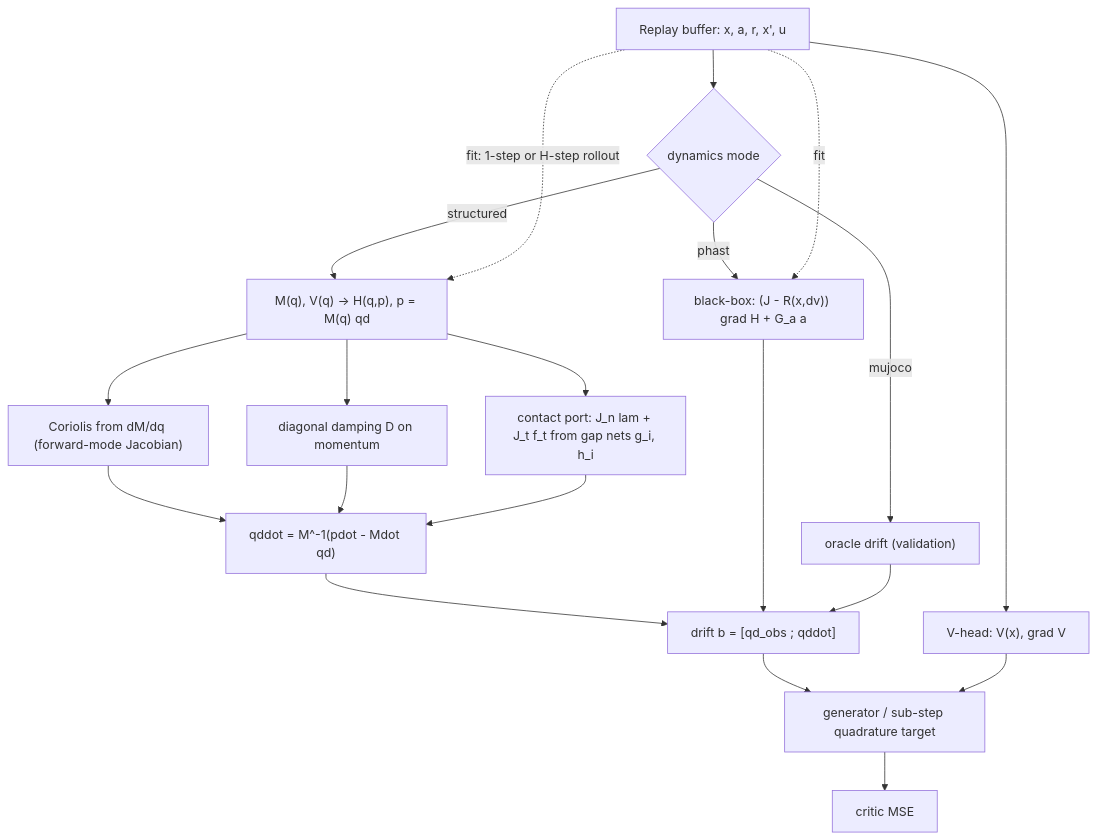
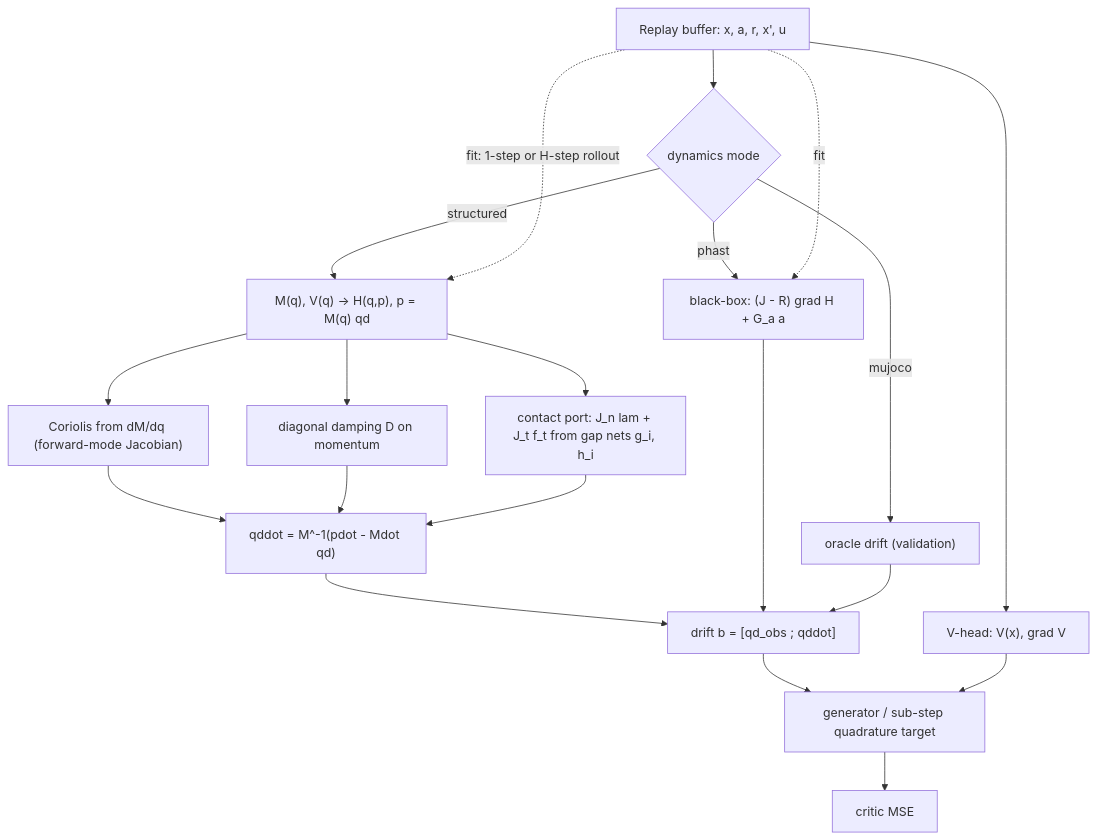
Before and after one commit to sebale16/ct-rl: the diagram in docs/structured_dynamics_model.md, drawn with Mermaid. The commit also changed other lines of this file and 1 other file, not shown here.

````diff
--- a/docs/structured_dynamics_model.md
+++ b/docs/structured_dynamics_model.md
@@ -196,22 +196,22 @@
 ```mermaid
 flowchart TD
     RB["Replay buffer: x, a, r, x', u"] --> CR["V-head: V(x), grad V"]
     RB --> DR{"dynamics mode"}
     DR -->|"mujoco"| OR["oracle drift (validation)"]
-    DR -->|"phast"| BB["black-box: (J - R(x,dv)) grad H + G_a a"]
+    DR -->|"phast"| BB["black-box: (J - R) grad H + G_a a"]
     DR -->|"structured"| ST["M(q), V(q) -> H(q,p), p = M(q) qd"]
     ST --> COR["Coriolis from dM/dq (forward-mode Jacobian)"]
     ST --> DMP["diagonal damping D on momentum"]
     ST --> CFP["contact port: J_n lam + J_t f_t from gap nets g_i, h_i"]
     COR --> QD["qddot = M^-1(pdot - Mdot qd)"]
     DMP --> QD
     CFP --> QD
     QD --> BD["drift b = [qd_obs ; qddot]"]
     BB --> BD
     OR --> BD
     BD --> GEN["generator / sub-step quadrature target"]
     CR --> GEN
     GEN --> LOSS["critic MSE"]
     RB -.fit: 1-step or H-step rollout.-> ST
     RB -.fit.-> BB
 ```
````
